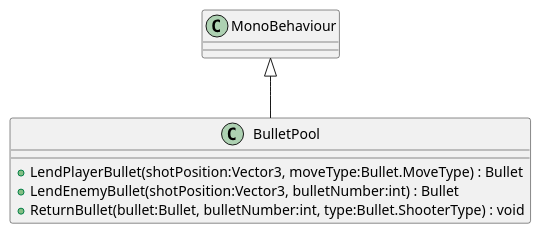
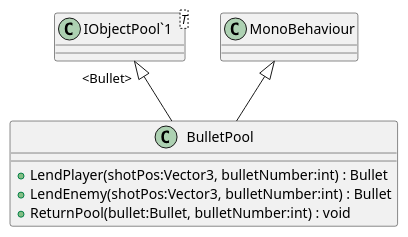
Before and after one commit to CrescentMoon8/MagicBarrage: the diagram in plantuml/Bullet/BulletPool.puml, drawn with PlantUML. The commit also changed 31 other files, not shown here.

```diff
--- a/plantuml/Bullet/BulletPool.puml
+++ b/plantuml/Bullet/BulletPool.puml
@@ -1,8 +1,11 @@
 @startuml
 class BulletPool {
-    + LendPlayerBullet(shotPosition:Vector3, moveType:Bullet.MoveType) : Bullet
-    + LendEnemyBullet(shotPosition:Vector3, bulletNumber:int) : Bullet
-    + ReturnBullet(bullet:Bullet, bulletNumber:int, type:Bullet.ShooterType) : void
+    + LendPlayer(shotPos:Vector3, bulletNumber:int) : Bullet
+    + LendEnemy(shotPos:Vector3, bulletNumber:int) : Bullet
+    + ReturnPool(bullet:Bullet, bulletNumber:int) : void
+}
+class "IObjectPool`1"<T> {
 }
 MonoBehaviour <|-- BulletPool
+"IObjectPool`1" "<Bullet>" <|-- BulletPool
 @enduml
```
